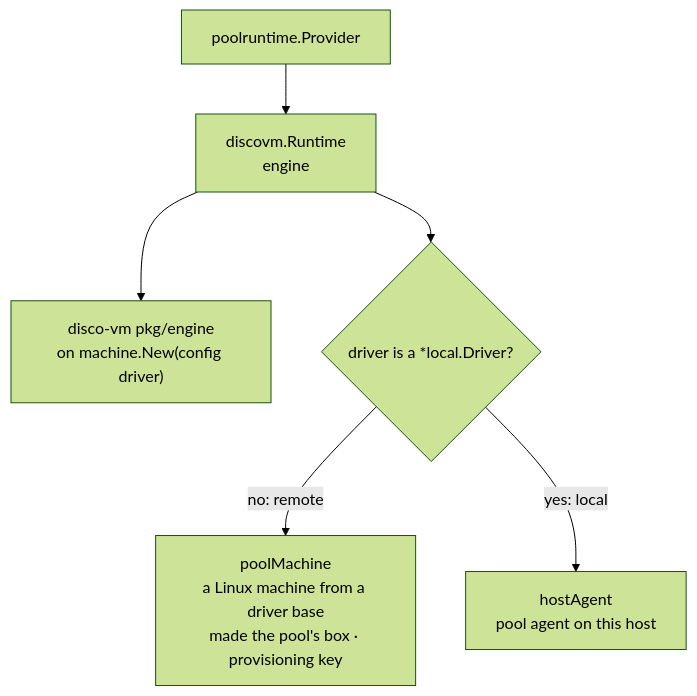
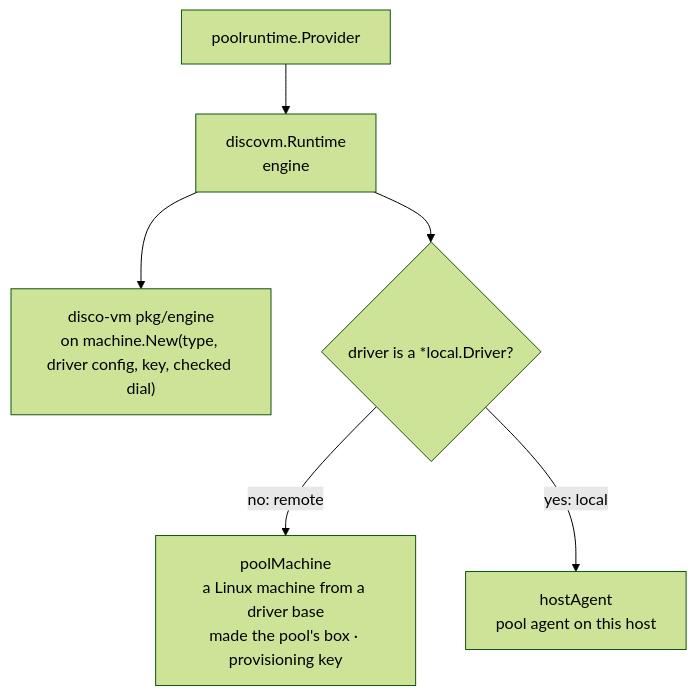
One commit to discobox-ai/discobox changed the diagram in server/providers/discovm/DESIGN.md. Above: the diagram before and after it, drawn with Mermaid (forest theme). The commit also changed other lines of this file and 44 other files, not shown here.

````diff
--- a/server/providers/discovm/DESIGN.md
+++ b/server/providers/discovm/DESIGN.md
@@ -15,15 +16,15 @@
 ```mermaid
 flowchart TD
     pool["poolruntime.Provider"]
     runtime["discovm.Runtime\nengine"]
-    engine["disco-vm pkg/engine\non machine.New(config driver)"]
+    engine["disco-vm pkg/engine\non machine.New(type, driver config, key, checked dial)"]
     host{"driver is a *local.Driver?"}
     machine["poolMachine\na Linux machine from a driver base\nmade the pool's box · provisioning key"]
     agent["hostAgent\npool agent on this host"]
 
     pool --> runtime
     runtime --> engine
     runtime --> host
     host -- no: remote --> machine
     host -- yes: local --> agent
 ```
````
